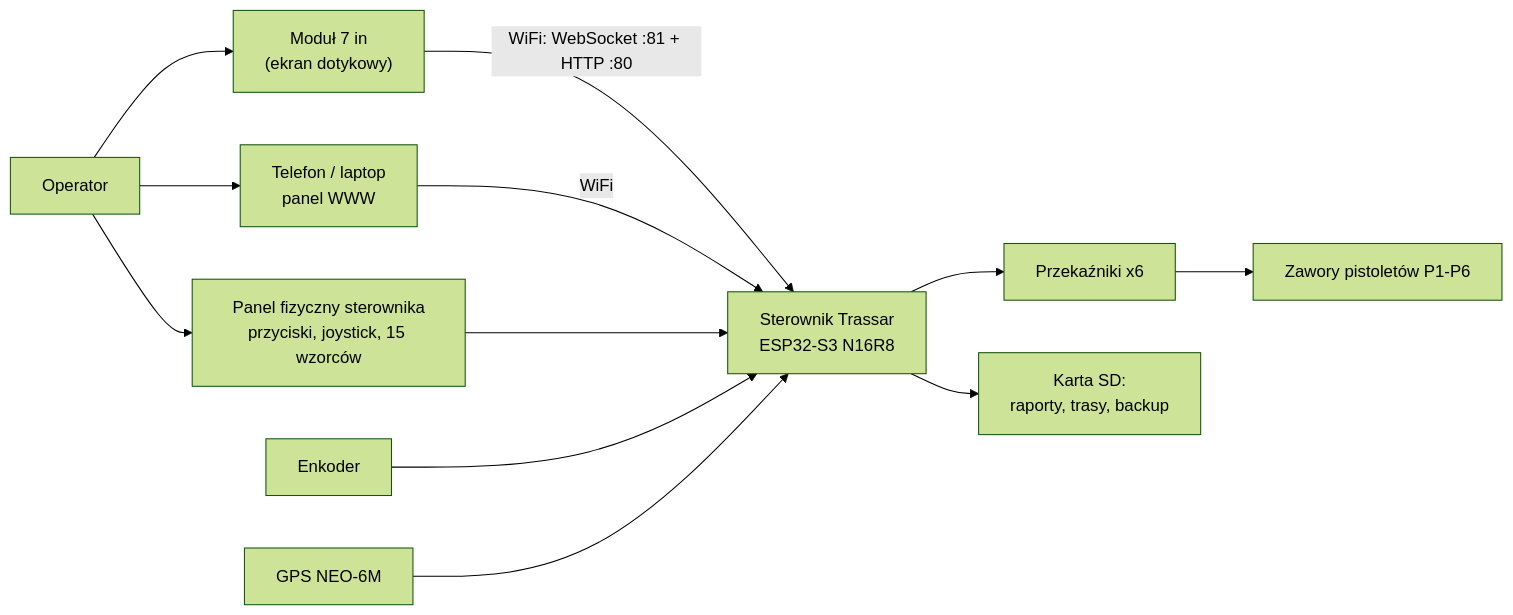
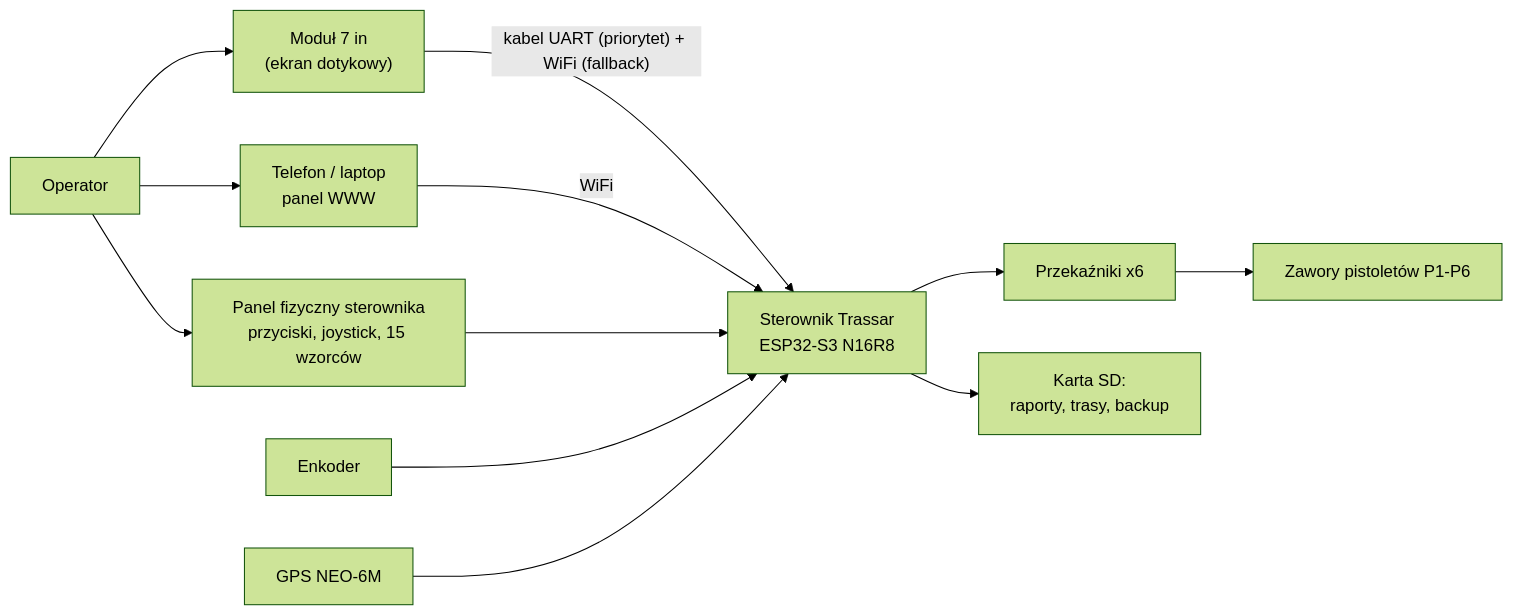
One commit to miastekpl/MPD2026 changed the diagram in README.md. Above: the diagram before and after it, drawn with Mermaid (forest theme). The commit also changed other lines of this file and 18 other files, not shown here.

````diff
--- a/README.md
+++ b/README.md
@@ -31,13 +31,13 @@
 ```mermaid
 flowchart LR
     OP["Operator"] --> MOD["Moduł 7 in<br/>(ekran dotykowy)"]
     OP --> PAN["Panel fizyczny sterownika<br/>przyciski, joystick, 15 wzorców"]
     OP --> WWW["Telefon / laptop<br/>panel WWW"]
-    MOD -- "WiFi: WebSocket :81 + HTTP :80" --> STER
+    MOD -- "kabel UART (priorytet) + WiFi (fallback)" --> STER
     WWW -- "WiFi" --> STER
     PAN --> STER["Sterownik Trassar<br/>ESP32-S3 N16R8"]
     STER --> REL["Przekaźniki x6"] --> ZAW["Zawory pistoletów P1-P6"]
     ENC["Enkoder"] --> STER
     GPS["GPS NEO-6M"] --> STER
     STER --> SD["Karta SD:<br/>raporty, trasy, backup"]
 ```
````
